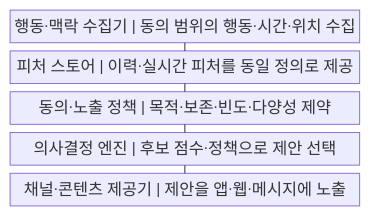
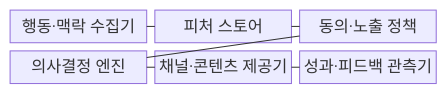
Before and after one commit to agnusdei1207/knowledge-base: the first of 2 diagrams in src/content/docs/notes/03-software/210_hyper_personalization_service.md, drawn with Mermaid. The commit also changed other lines of this file and 238 other files, not shown here.

````diff
--- a/src/content/docs/notes/03-software/210_hyper_personalization_service.md
+++ b/src/content/docs/notes/03-software/210_hyper_personalization_service.md
@@ -52,13 +52,15 @@
 ```mermaid
-block
-    columns 1
-    A["행동·맥락 수집기 | 동의 범위의 행동·시간·위치 수집"]
-    B["피처 스토어 | 이력·실시간 피처를 동일 정의로 제공"]
-    C["동의·노출 정책 | 목적·보존·빈도·다양성 제약"]
-    D["의사결정 엔진 | 후보 점수·정책으로 제안 선택"]
-    E["채널·콘텐츠 제공기 | 제안을 앱·웹·메시지에 노출"]
+block-beta
+    columns 3
+    A["행동·맥락 수집기"]
+    B["피처 스토어"]
+    C["동의·노출 정책"]
+    D["의사결정 엔진"]
+    E["채널·콘텐츠 제공기"]
+    F["성과·피드백 관측기"]
     A --- B
     B --- C
     C --- D
     D --- E
+    E --- F
 ```
````
